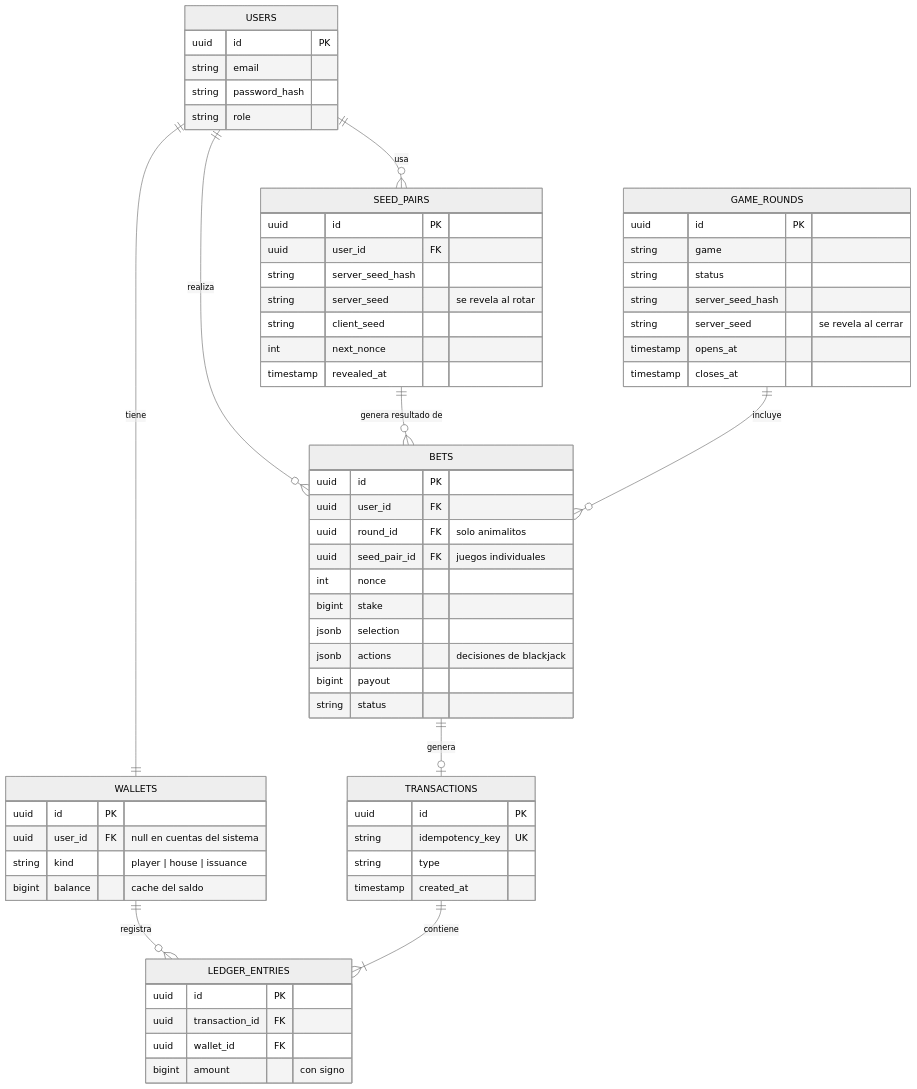
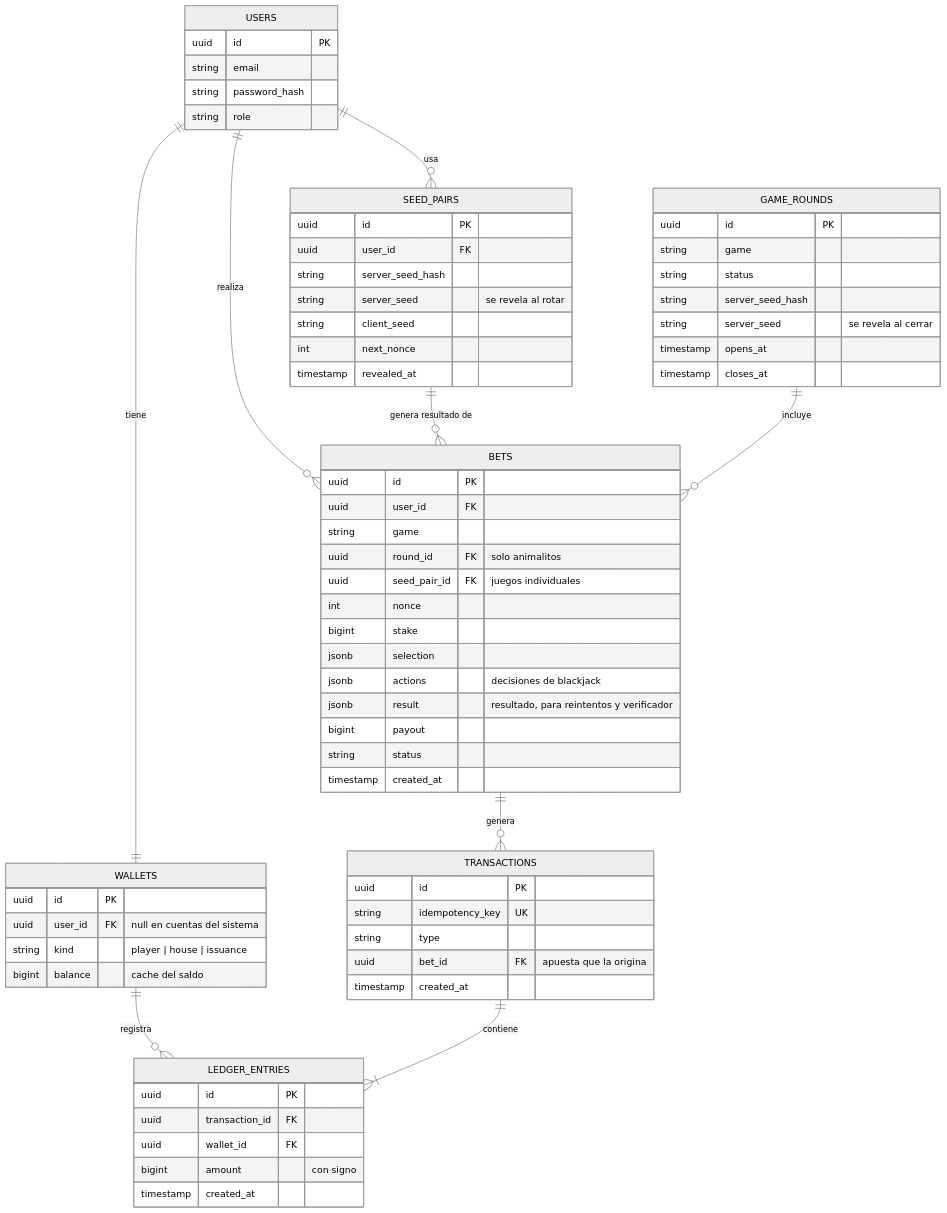
The third of 6 diagrams in README.md (sebaveaa/casino-simulator), drawn with Mermaid (neutral theme) before and after one commit. The commit also changed other lines of this file and 17 other files, not shown here.

First line of the commit message:
feat(backend): add database schema, ledger guards and migrations (#17)

````diff
--- a/README.md
+++ b/README.md
@@ -190,52 +190,57 @@
 ```mermaid
 erDiagram
     USERS ||--|| WALLETS : tiene
     WALLETS ||--o{ LEDGER_ENTRIES : registra
     TRANSACTIONS ||--|{ LEDGER_ENTRIES : contiene
     USERS ||--o{ BETS : realiza
     USERS ||--o{ SEED_PAIRS : usa
     SEED_PAIRS ||--o{ BETS : "genera resultado de"
     GAME_ROUNDS ||--o{ BETS : incluye
-    BETS ||--o| TRANSACTIONS : "genera"
+    BETS ||--o{ TRANSACTIONS : "genera"
 
     USERS { uuid id PK
             string email
             string password_hash
             string role }
     WALLETS { uuid id PK
               uuid user_id FK "null en cuentas del sistema"
               string kind "player | house | issuance"
               bigint balance "cache del saldo" }
     TRANSACTIONS { uuid id PK
                    string idempotency_key UK
                    string type
+                   uuid bet_id FK "apuesta que la origina"
                    timestamp created_at }
     LEDGER_ENTRIES { uuid id PK
                      uuid transaction_id FK
                      uuid wallet_id FK
-                     bigint amount "con signo" }
+                     bigint amount "con signo"
+                     timestamp created_at }
     SEED_PAIRS { uuid id PK
                  uuid user_id FK
                  string server_seed_hash
                  string server_seed "se revela al rotar"
                  string client_seed
                  int next_nonce
                  timestamp revealed_at }
     GAME_ROUNDS { uuid id PK
                   string game
                   string status
                   string server_seed_hash
                   string server_seed "se revela al cerrar"
                   timestamp opens_at
                   timestamp closes_at }
     BETS { uuid id PK
            uuid user_id FK
+           string game
            uuid round_id FK "solo animalitos"
            uuid seed_pair_id FK "juegos individuales"
            int nonce
            bigint stake
            jsonb selection
            jsonb actions "decisiones de blackjack"
+           jsonb result "resultado, para reintentos y verificador"
            bigint payout
-           string status }
+           string status
+           timestamp created_at }
 ```
````
